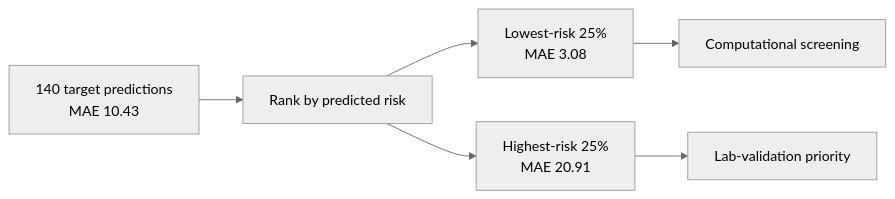
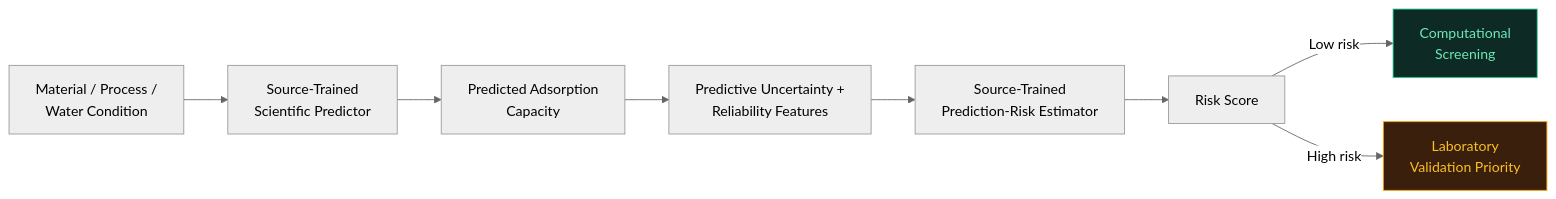
One commit to Rattandeep0500/Adaptive-drst changed the sixth of 6 diagrams in README.md. Above: the diagram before and after it, drawn with Mermaid (neutral theme). The commit also changed other lines of this file, not shown here.

Commit message:
Upgrade Adaptive-DRST research README with visual architecture and results

````diff
--- a/README.md
+++ b/README.md
@@ -573,8 +609,13 @@
 ```mermaid
 flowchart LR
-    A["140 target predictions<br/>MAE 10.43"] --> B["Rank by predicted risk"]
-    B --> C["Lowest-risk 25%<br/>MAE 3.08"]
-    B --> D["Highest-risk 25%<br/>MAE 20.91"]
-    C --> E["Computational screening"]
-    D --> F["Lab-validation priority"]
+    M["Material / Process /<br/>Water Condition"] --> P["Source-Trained<br/>Scientific Predictor"]
+    P --> C["Predicted Adsorption<br/>Capacity"]
+    C --> U["Predictive Uncertainty +<br/>Reliability Features"]
+    U --> R["Source-Trained<br/>Prediction-Risk Estimator"]
+    R --> S["Risk Score"]
+    S -->|"Low risk"| G["Computational<br/>Screening"]
+    S -->|"High risk"| V["Laboratory<br/>Validation Priority"]
+
+    style G fill:#0d2b24,stroke:#34d399,color:#6ee7b7
+    style V fill:#3a1f0d,stroke:#f59e0b,color:#fbbf24
 ```
````
